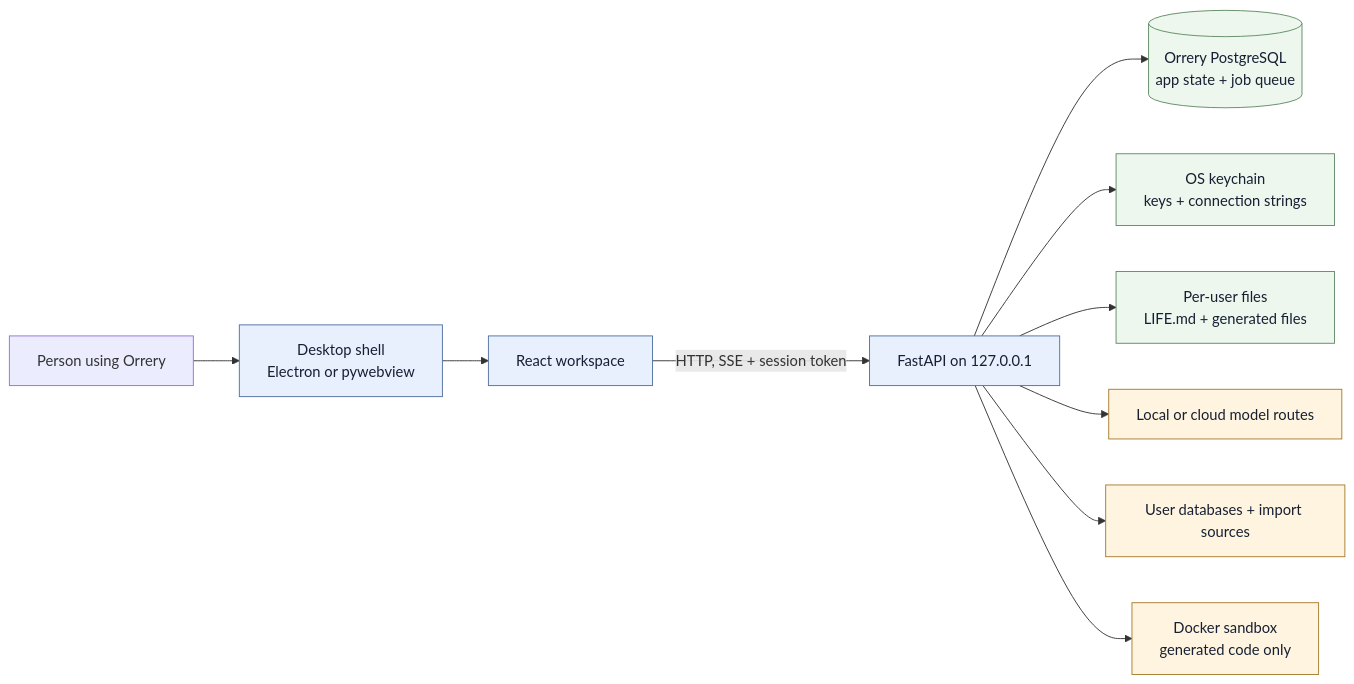
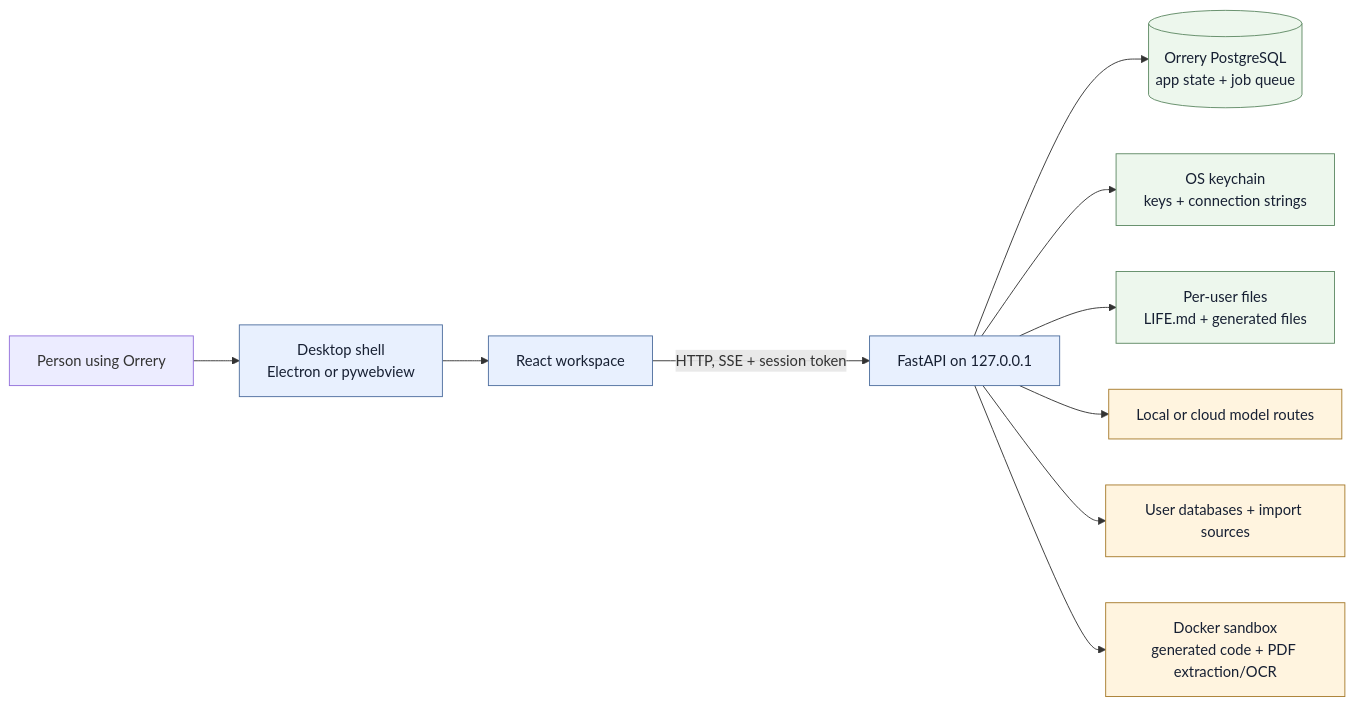
The first of 21 diagrams in ARCHITECTURE.md (zaidt156/Orrery), drawn with Mermaid before and after one commit. The commit also changed other lines of this file and 20 other files, not shown here.

````diff
--- a/ARCHITECTURE.md
+++ b/ARCHITECTURE.md
@@ -22,21 +25,21 @@
 ```mermaid
 flowchart LR
     user["Person using Orrery"] --> shell["Desktop shell<br/>Electron or pywebview"]
     shell --> ui["React workspace"]
     ui -->|"HTTP, SSE + session token"| api["FastAPI on 127.0.0.1"]
 
     api --> pg[("Orrery PostgreSQL<br/>app state + job queue")]
     api --> keychain["OS keychain<br/>keys + connection strings"]
     api --> disk["Per-user files<br/>LIFE.md + generated files"]
 
     api --> models["Local or cloud model routes"]
     api --> sources["User databases + import sources"]
-    api --> docker["Docker sandbox<br/>generated code only"]
+    api --> docker["Docker sandbox<br/>generated code + PDF extraction/OCR"]
 
     classDef core fill:#e8f0fe,stroke:#4f6f9f,color:#172033;
     classDef store fill:#edf7ed,stroke:#5f8a65,color:#172033;
     classDef external fill:#fff4df,stroke:#a77b2d,color:#172033;
     class shell,ui,api core;
     class pg,keychain,disk store;
     class models,sources,docker external;
 ```
````
